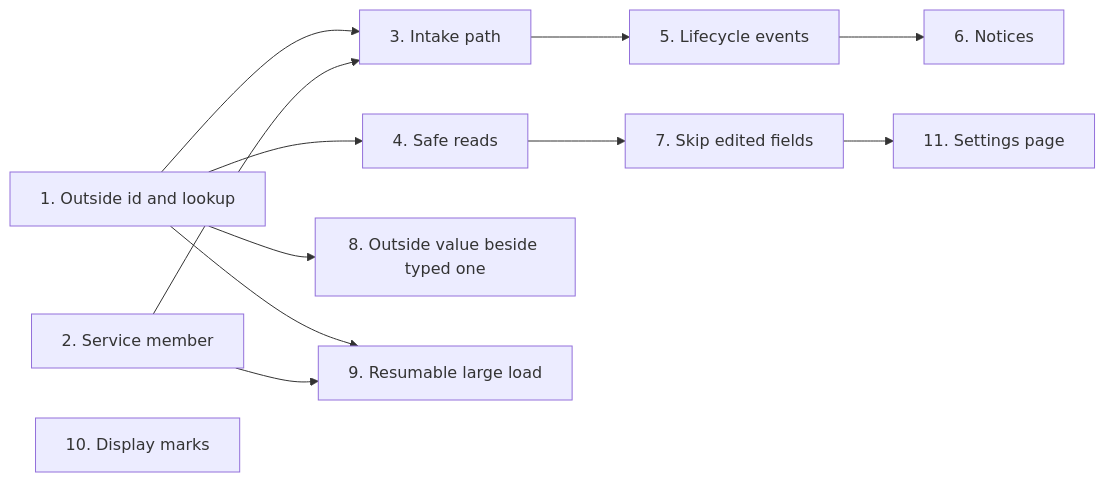
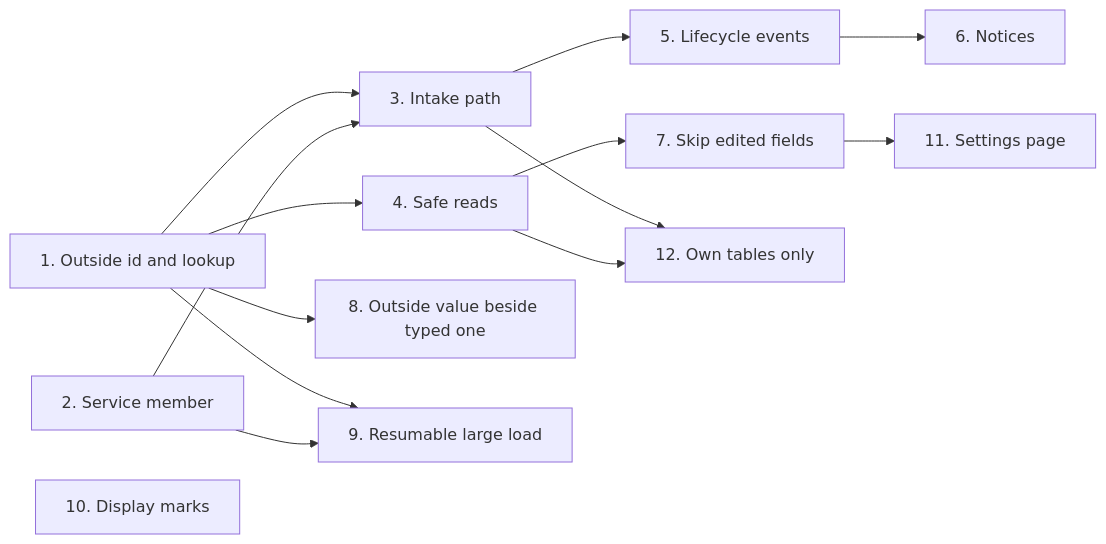
One commit to margince/margince changed the diagram in docs/reference/extension-doors-for-core-data.md. Above: the diagram before and after it, drawn with Mermaid. The commit also changed other lines of this file and 66 other files, not shown here.

First line of the commit message:
feat(extensions)!: an extension's SQL reaches its own tables only; old approval histories go to a privacy reviewer

````diff
--- a/docs/reference/extension-doors-for-core-data.md
+++ b/docs/reference/extension-doors-for-core-data.md
@@ -24,14 +25,16 @@
 ```mermaid
 flowchart LR
     F1[1. Outside id and lookup] --> F3[3. Intake path]
     F1 --> F4[4. Safe reads]
     F1 --> F8[8. Outside value beside typed one]
     F1 --> F9[9. Resumable large load]
     F2[2. Service member] --> F3
     F2 --> F9
     F3 --> F5[5. Lifecycle events]
     F4 --> F7[7. Skip edited fields]
     F5 --> F6[6. Notices]
     F7 --> F11[11. Settings page]
     F10[10. Display marks]
+    F3 --> F12[12. Own tables only]
+    F4 --> F12
 ```
````
